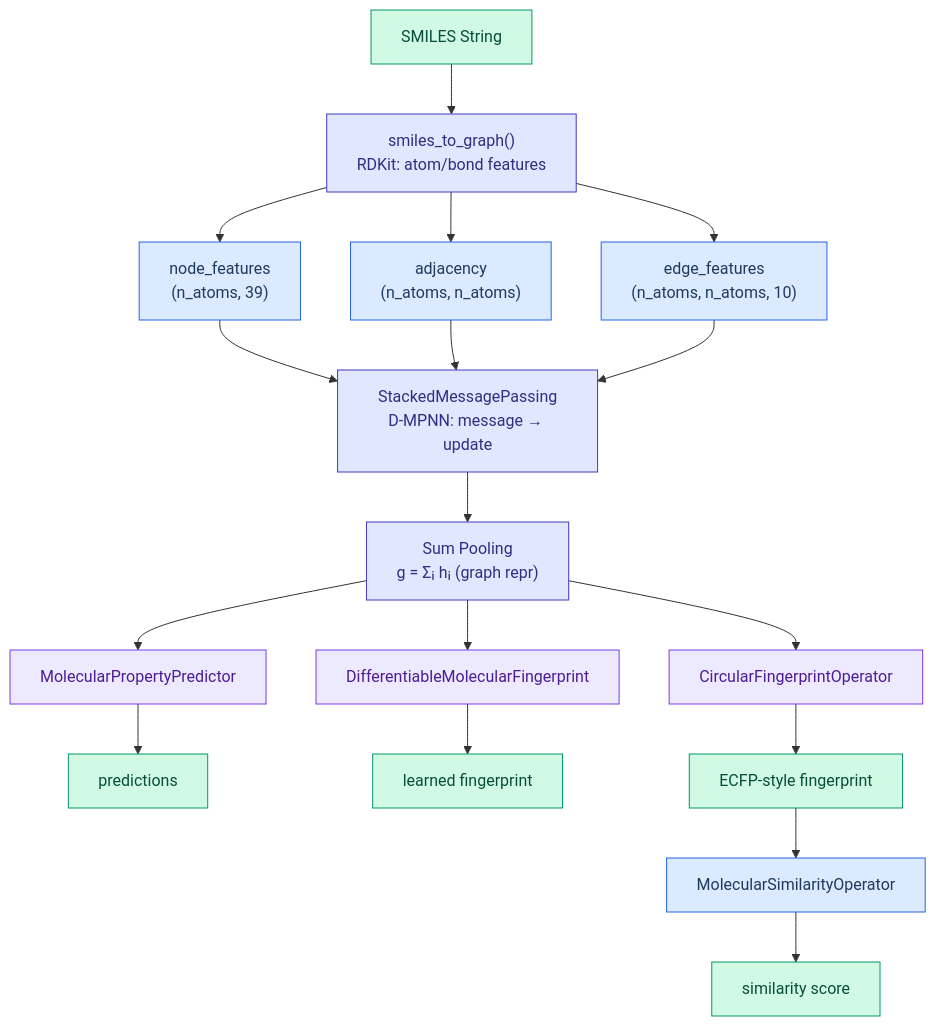
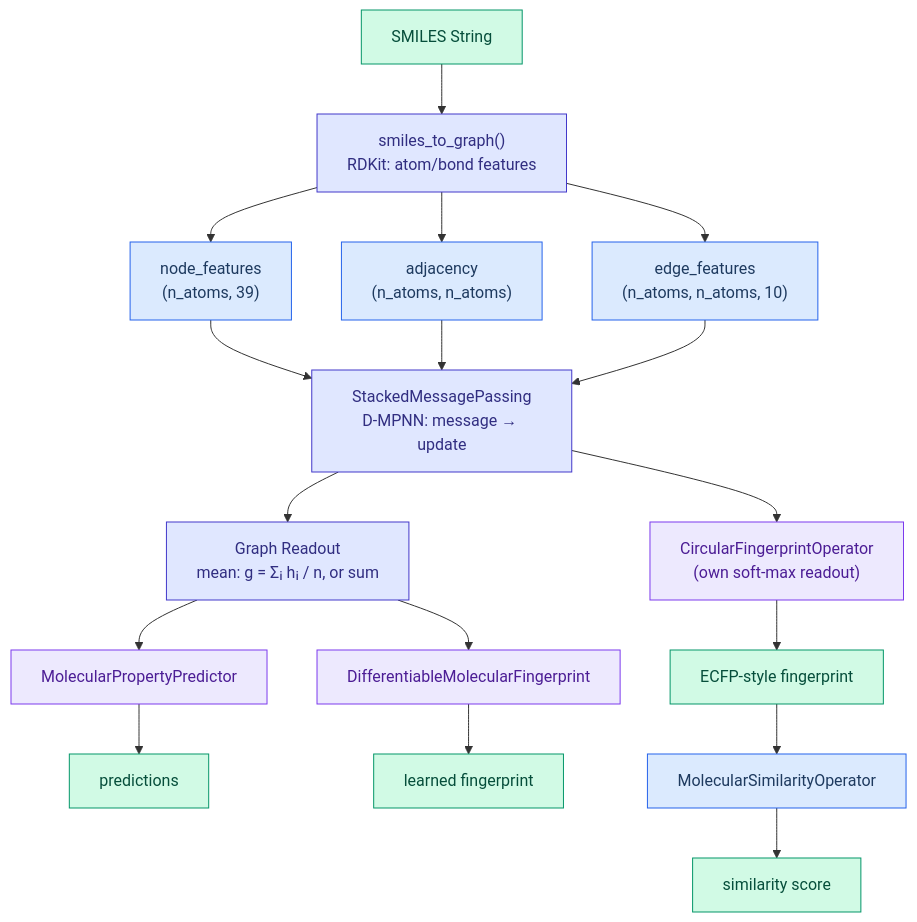
The diagram in docs/user-guide/operators/drug-discovery.md (avitai/DiffBio), drawn with Mermaid before and after one commit. The commit also changed 7 other files, not shown here.

````diff
--- a/docs/user-guide/operators/drug-discovery.md
+++ b/docs/user-guide/operators/drug-discovery.md
@@ -54,35 +54,35 @@
 ```mermaid
 graph TB
     A["SMILES String"] --> B["smiles_to_graph()<br/>RDKit: atom/bond features"]
     B --> NF["node_features<br/>(n_atoms, 39)"]
     B --> ADJ["adjacency<br/>(n_atoms, n_atoms)"]
     B --> EF["edge_features<br/>(n_atoms, n_atoms, 10)"]
     NF --> C["StackedMessagePassing<br/>D-MPNN: message → update"]
     ADJ --> C
     EF --> C
-    C --> D["Sum Pooling<br/>g = Σᵢ hᵢ (graph repr)"]
+    C --> D["Graph Readout<br/>mean: g = Σᵢ hᵢ / n, or sum"]
     D --> E["MolecularPropertyPredictor"]
     D --> F["DifferentiableMolecularFingerprint"]
-    D --> G["CircularFingerprintOperator"]
+    C --> G["CircularFingerprintOperator<br/>(own soft-max readout)"]
     E --> E1["predictions"]
     F --> F1["learned fingerprint"]
     G --> G1["ECFP-style fingerprint"]
     G1 --> H["MolecularSimilarityOperator"]
     H --> H1["similarity score"]
 
     style A fill:#d1fae5,stroke:#059669,color:#064e3b
     style B fill:#e0e7ff,stroke:#4338ca,color:#312e81
     style NF fill:#dbeafe,stroke:#2563eb,color:#1e3a5f
     style ADJ fill:#dbeafe,stroke:#2563eb,color:#1e3a5f
     style EF fill:#dbeafe,stroke:#2563eb,color:#1e3a5f
     style C fill:#e0e7ff,stroke:#4338ca,color:#312e81
     style D fill:#e0e7ff,stroke:#4338ca,color:#312e81
     style E fill:#ede9fe,stroke:#7c3aed,color:#4c1d95
     style F fill:#ede9fe,stroke:#7c3aed,color:#4c1d95
     style G fill:#ede9fe,stroke:#7c3aed,color:#4c1d95
     style E1 fill:#d1fae5,stroke:#059669,color:#064e3b
     style F1 fill:#d1fae5,stroke:#059669,color:#064e3b
     style G1 fill:#d1fae5,stroke:#059669,color:#064e3b
     style H fill:#dbeafe,stroke:#2563eb,color:#1e3a5f
     style H1 fill:#d1fae5,stroke:#059669,color:#064e3b
 ```
````
